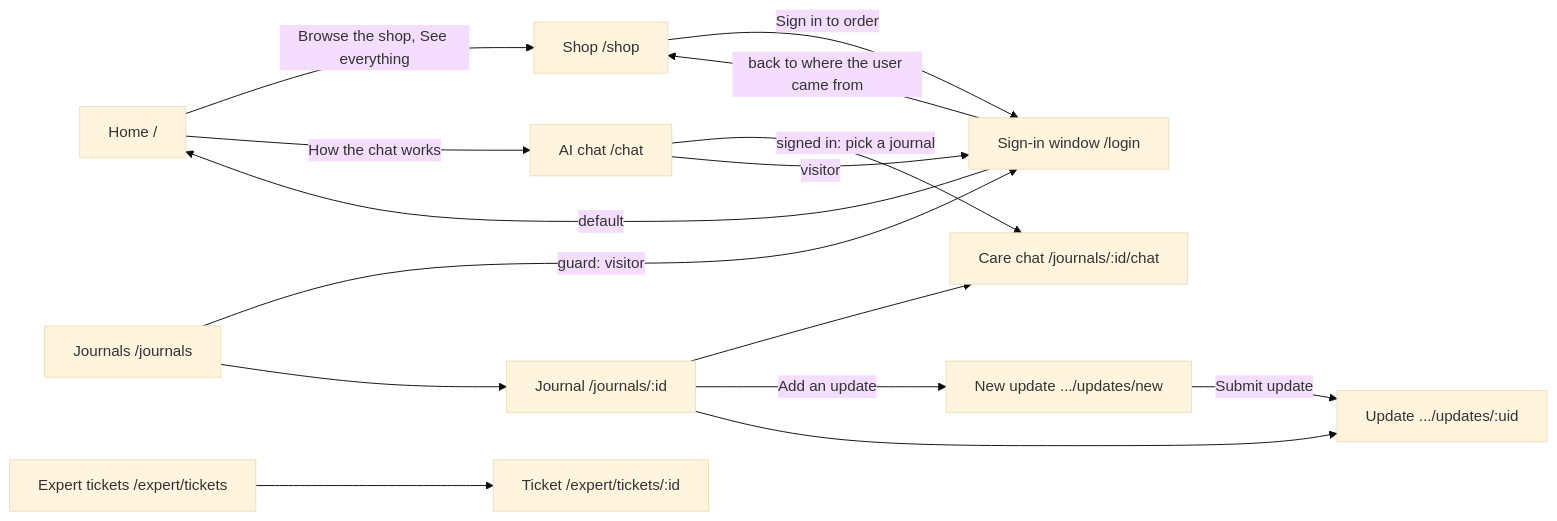
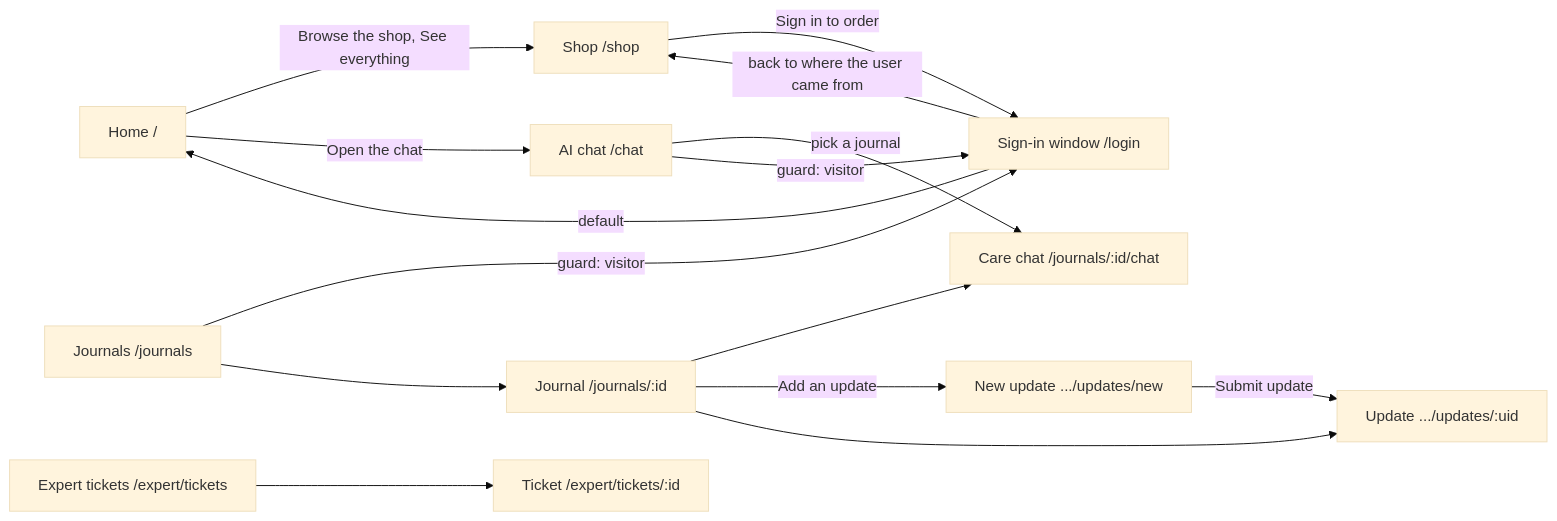
One commit to DaniilTsitavets/diploma-growpath-frontend changed the first of 6 diagrams in docs/user-flows.md. Above: the diagram before and after it, drawn with Mermaid (base theme). The commit also changed other lines of this file and 9 other files, not shown here.

Commit message:
Make the AI chat a signed-in page like the journals

````diff
--- a/docs/user-flows.md
+++ b/docs/user-flows.md
@@ -9,29 +9,29 @@
 ```mermaid
 flowchart LR
   home["Home /"]
   shop["Shop /shop"]
   chat["AI chat /chat"]
   login["Sign-in window /login"]
   journals["Journals /journals"]
   journal["Journal /journals/:id"]
   jchat["Care chat /journals/:id/chat"]
   newUpdate["New update .../updates/new"]
   update["Update .../updates/:uid"]
   tickets["Expert tickets /expert/tickets"]
   ticket["Ticket /expert/tickets/:id"]
 
   home -->|Browse the shop, See everything| shop
-  home -->|How the chat works| chat
+  home -->|Open the chat| chat
   shop -->|Sign in to order| login
   login -->|back to where the user came from| shop
   login -->|default| home
-  chat -->|signed in: pick a journal| jchat
-  chat -->|visitor| login
+  chat -->|pick a journal| jchat
+  chat -->|guard: visitor| login
   journals -->|guard: visitor| login
   journals --> journal
   journal --> jchat
   journal -->|Add an update| newUpdate
   newUpdate -->|Submit update| update
   journal --> update
   tickets --> ticket
 ```
````
